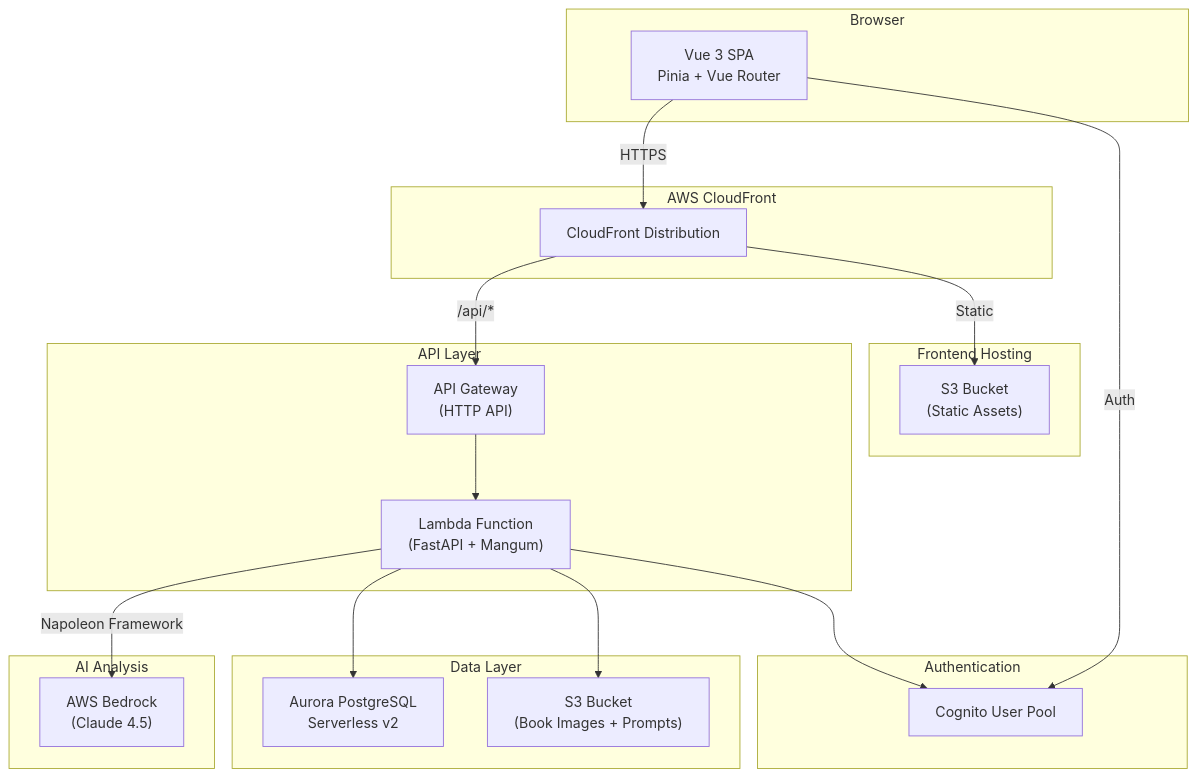
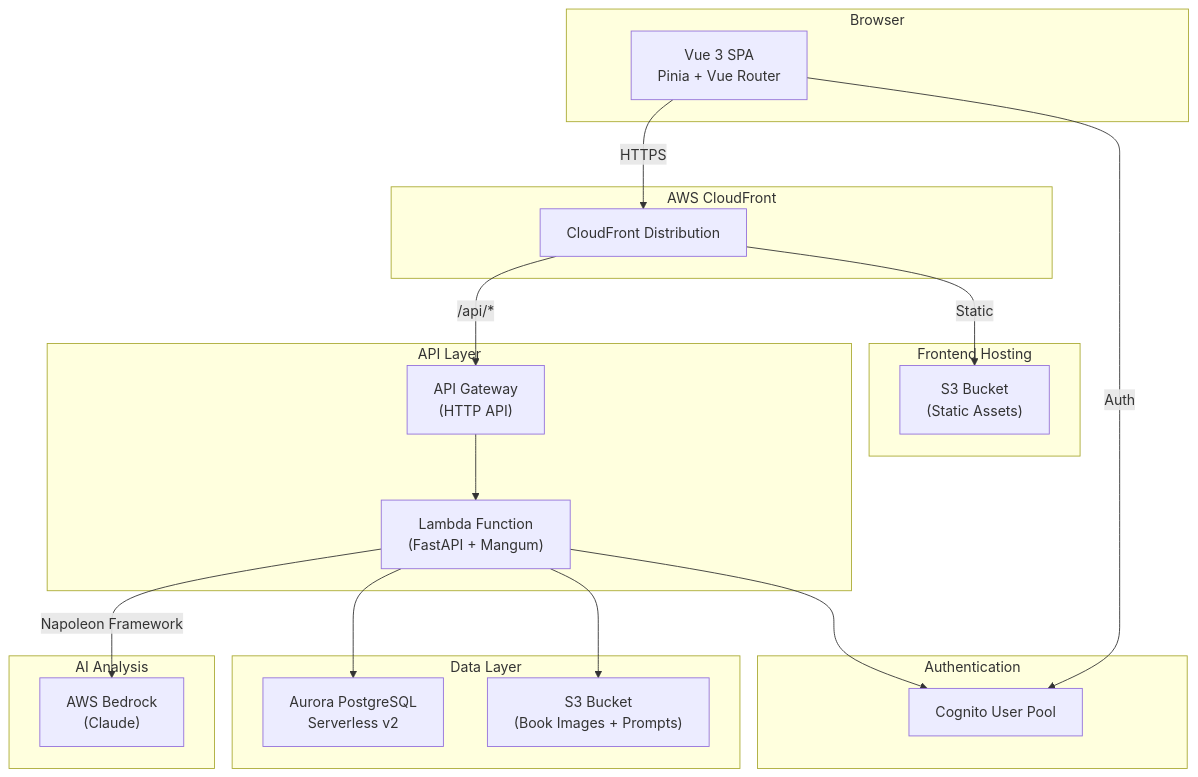
One commit to markthebest12/bluemoxon changed the fifth of 10 diagrams in docs/ARCHITECTURE.md. Above: the diagram before and after it, drawn with Mermaid. The commit also changed other lines of this file and 22 other files, not shown here.

First line of the commit message:
feat: Wave 6 — model labels, checkbox fix, connection sidebar, timeline, connection colors (#1842, #1847, #1848, #1825, #1846)

````diff
--- a/docs/ARCHITECTURE.md
+++ b/docs/ARCHITECTURE.md
@@ -266,42 +266,42 @@
 ```mermaid
 flowchart TB
     subgraph Client["Browser"]
         Vue["Vue 3 SPA<br/>Pinia + Vue Router"]
     end
 
     subgraph CDN["AWS CloudFront"]
         CF["CloudFront Distribution"]
     end
 
     subgraph Frontend["Frontend Hosting"]
         S3F["S3 Bucket<br/>(Static Assets)"]
     end
 
     subgraph API["API Layer"]
         APIGW["API Gateway<br/>(HTTP API)"]
         Lambda["Lambda Function<br/>(FastAPI + Mangum)"]
     end
 
     subgraph Auth["Authentication"]
         Cognito["Cognito User Pool"]
     end
 
     subgraph Data["Data Layer"]
         Aurora["Aurora PostgreSQL<br/>Serverless v2"]
         S3I["S3 Bucket<br/>(Book Images + Prompts)"]
     end
 
     subgraph AI["AI Analysis"]
-        Bedrock["AWS Bedrock<br/>(Claude 4.5)"]
+        Bedrock["AWS Bedrock<br/>(Claude)"]
     end
 
     Vue -->|HTTPS| CF
     CF -->|Static| S3F
     CF -->|/api/*| APIGW
     APIGW --> Lambda
     Lambda --> Aurora
     Lambda --> S3I
     Lambda --> Cognito
     Lambda -->|Napoleon Framework| Bedrock
     Vue -->|Auth| Cognito
 ```
````
